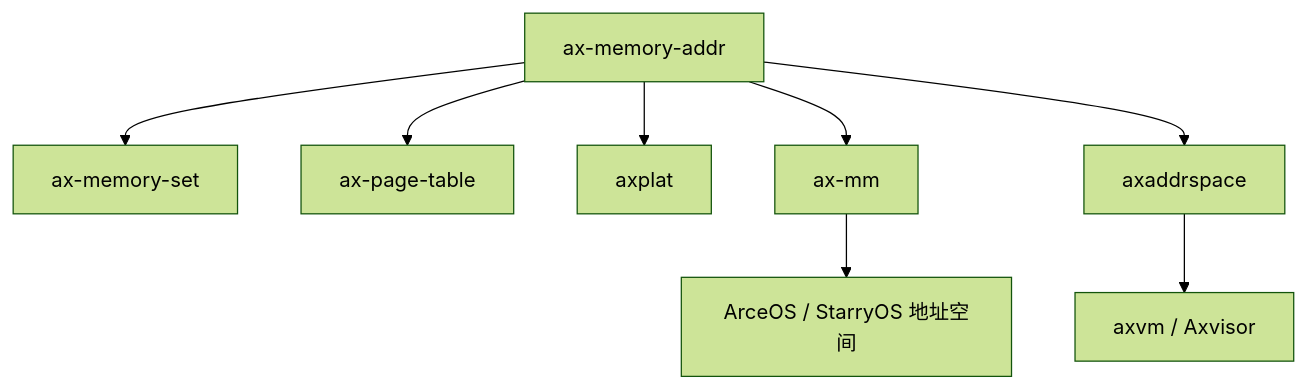
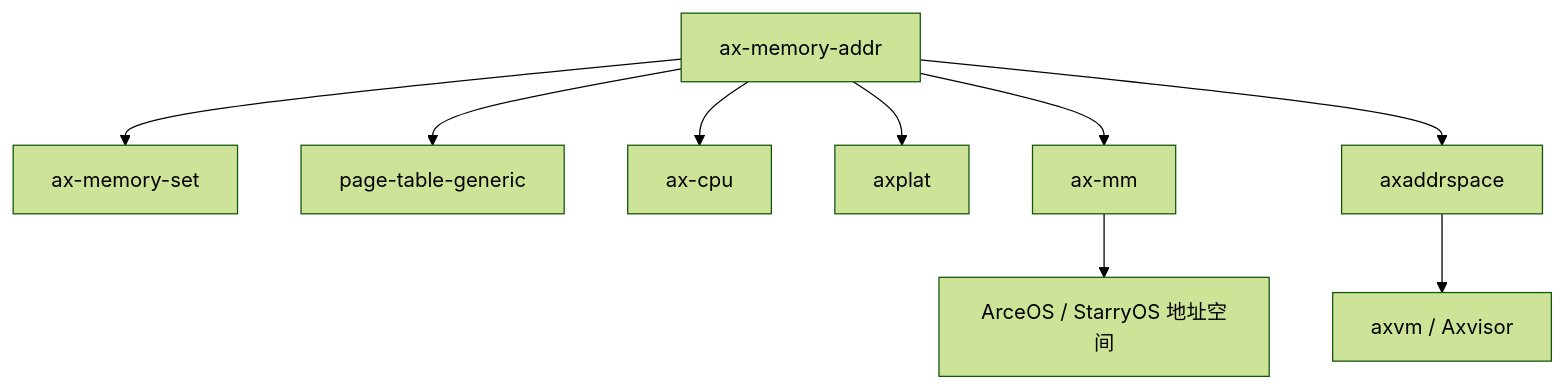
One commit to rcore-os/tgoskits changed the diagram in docs/docs/components/crates/ax-memory-addr.md. Above: the diagram before and after it, drawn with Mermaid (forest theme). The commit also changed other lines of this file and 141 other files, not shown here.

Commit message:
refactor(axcpu): split ax-page-table into axcpu::paging and page-table-generic

````diff
--- a/docs/docs/components/crates/ax-memory-addr.md
+++ b/docs/docs/components/crates/ax-memory-addr.md
@@ -172,11 +173,12 @@
 ```mermaid
 graph TD
     A[ax-memory-addr]
     A --> B[ax-memory-set]
-    A --> C[ax-page-table]
+    A --> C[page-table-generic]
+    A --> D[ax-cpu]
     A --> E[axplat]
     A --> F[ax-mm]
     A --> G[axaddrspace]
     G --> H[axvm / Axvisor]
     F --> I[ArceOS / StarryOS 地址空间]
 ```
````
